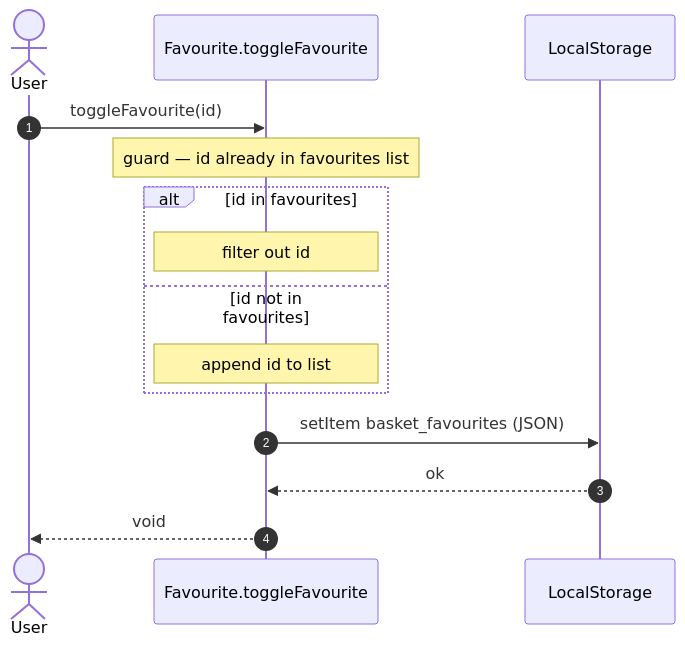
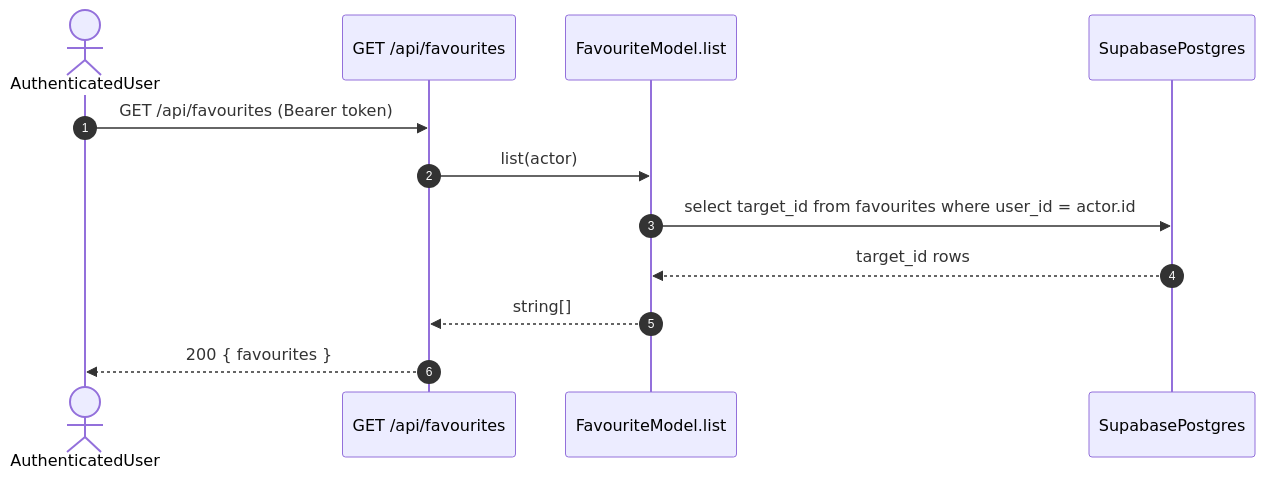
One commit to nroc6/CP317B-Project-Group1 changed diagram 12 of 13 in docs/SPECIFICATION.MD. Above: the diagram before and after it, drawn with Mermaid. The commit also changed other lines of this file and 28 other files, not shown here.

````diff
--- a/docs/SPECIFICATION.MD
+++ b/docs/SPECIFICATION.MD
@@ -517,18 +494,15 @@
 ```mermaid
 sequenceDiagram
     autonumber
-    actor U as User
-    participant Favourite.toggleFavourite
-    participant DB as LocalStorage
+    actor U as AuthenticatedUser
+    participant API as GET /api/favourites
+    participant M as FavouriteModel.list
+    participant DB as SupabasePostgres
 
-    U->>Favourite.toggleFavourite: toggleFavourite(id)
-    Note over Favourite.toggleFavourite: guard — id already in favourites list
-    alt id in favourites
-        Note over Favourite.toggleFavourite: filter out id
-    else id not in favourites
-        Note over Favourite.toggleFavourite: append id to list
-    end
-    Favourite.toggleFavourite->>DB: setItem basket_favourites (JSON)
-    DB-->>Favourite.toggleFavourite: ok
-    Favourite.toggleFavourite-->>U: void
+    U->>API: GET /api/favourites (Bearer token)
+    API->>M: list(actor)
+    M->>DB: select target_id from favourites where user_id = actor.id
+    DB-->>M: target_id rows
+    M-->>API: string[]
+    API-->>U: 200 { favourites }
 ```
````
